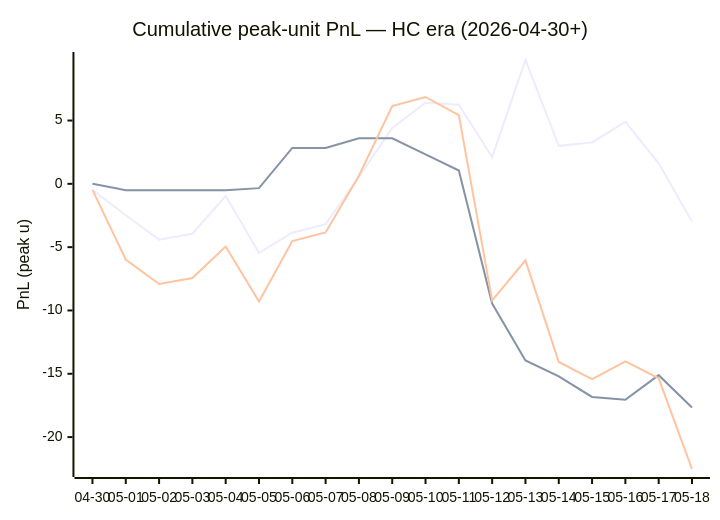
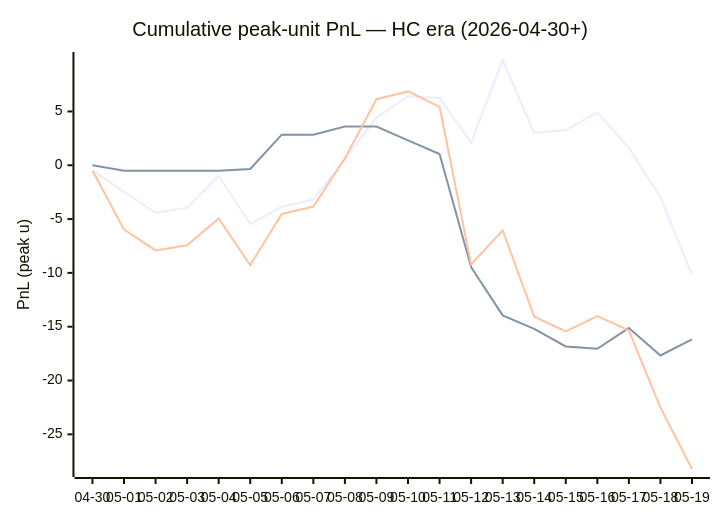
Before and after one commit to dpk1212/nhl-savant: the diagram in DAILY_V6_REPORT.md, drawn with Mermaid. The commit also changed other lines of this file, not shown here.

````diff
--- a/DAILY_V6_REPORT.md
+++ b/DAILY_V6_REPORT.md
@@ -177,9 +176,9 @@
 ```mermaid
 xychart-beta
     title "Cumulative peak-unit PnL — HC era (2026-04-30+)"
-    x-axis ["04-30", "05-01", "05-02", "05-03", "05-04", "05-05", "05-06", "05-07", "05-08", "05-09", "05-10", "05-11", "05-12", "05-13", "05-14", "05-15", "05-16", "05-17", "05-18"]
+    x-axis ["04-30", "05-01", "05-02", "05-03", "05-04", "05-05", "05-06", "05-07", "05-08", "05-09", "05-10", "05-11", "05-12", "05-13", "05-14", "05-15", "05-16", "05-17", "05-18", "05-19"]
     y-axis "PnL (peak u)"
-    line "HC ≥ +1" [-0.48, -2.48, -4.41, -3.94, -0.95, -5.45, -3.86, -3.18, 0.54, 4.41, 6.41, 6.25, 2.11, 9.78, 3.00, 3.27, 4.90, 1.62, -2.98]
-    line "HC = 0"  [0.00, -0.50, -0.50, -0.50, -0.50, -0.34, 2.84, 2.84, 3.60, 3.60, 2.32, 1.05, -9.45, -13.95, -15.20, -16.83, -17.05, -15.11, -17.67]
-    line "All (HC era)" [-0.48, -5.98, -7.91, -7.44, -4.95, -9.29, -4.52, -3.84, 0.64, 6.14, 6.86, 5.43, -9.21, -6.04, -14.07, -15.43, -14.02, -15.36, -22.52]
+    line "HC ≥ +1" [-0.48, -2.48, -4.41, -3.94, -0.95, -5.45, -3.86, -3.18, 0.54, 4.41, 6.41, 6.25, 2.11, 9.78, 3.00, 3.27, 4.90, 1.62, -2.98, -10.18]
+    line "HC = 0"  [0.00, -0.50, -0.50, -0.50, -0.50, -0.34, 2.84, 2.84, 3.60, 3.60, 2.32, 1.05, -9.45, -13.95, -15.20, -16.83, -17.05, -15.11, -17.67, -16.17]
+    line "All (HC era)" [-0.48, -5.98, -7.91, -7.44, -4.95, -9.29, -4.52, -3.84, 0.64, 6.14, 6.86, 5.43, -9.21, -6.04, -14.07, -15.43, -14.02, -15.36, -22.52, -28.22]
 ```
````
